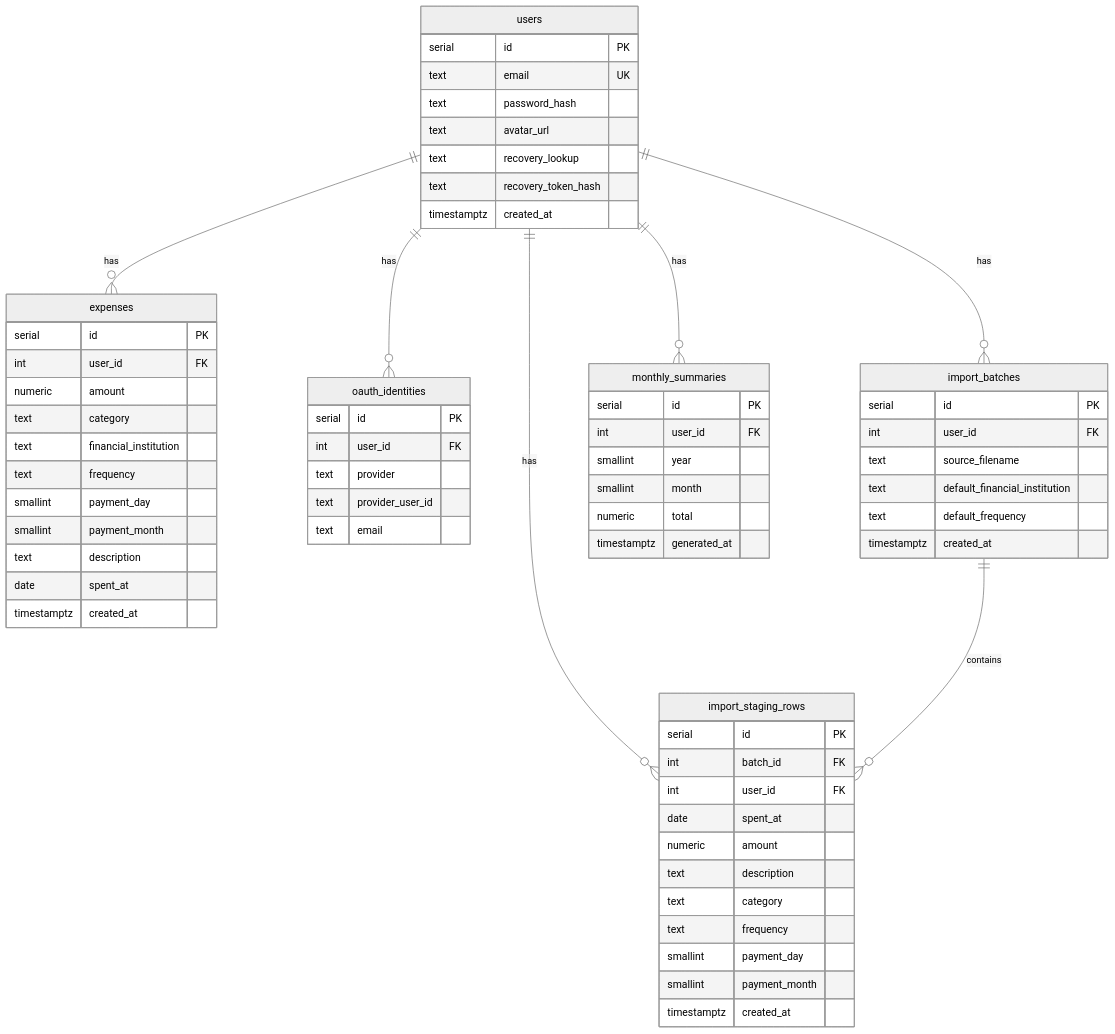
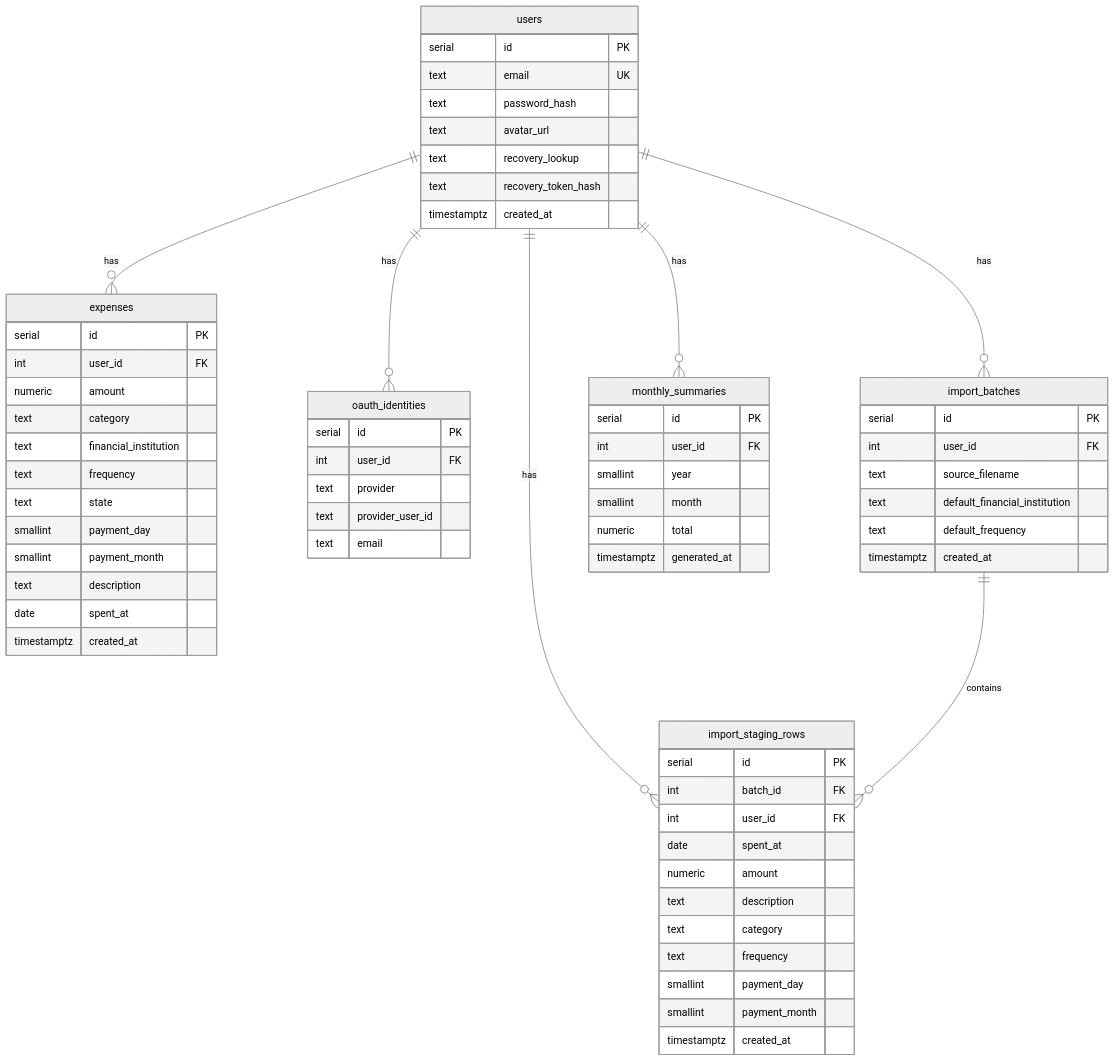
The ninth of 11 diagrams in docs/ARCHITECTURE_DIAGRAM.md (becomeonewiththecode/expense_tracker), drawn with Mermaid (neutral theme) before and after one commit. The commit also changed other lines of this file and 16 other files, not shown here.

````diff
--- a/docs/ARCHITECTURE_DIAGRAM.md
+++ b/docs/ARCHITECTURE_DIAGRAM.md
@@ -296,73 +299,74 @@
 ```mermaid
 erDiagram
   users ||--o{ expenses : has
   users ||--o{ oauth_identities : has
   users ||--o{ import_batches : has
   users ||--o{ import_staging_rows : has
   users ||--o{ monthly_summaries : has
   import_batches ||--o{ import_staging_rows : contains
 
   users {
     serial id PK
     text email UK
     text password_hash
     text avatar_url
     text recovery_lookup
     text recovery_token_hash
     timestamptz created_at
   }
 
   oauth_identities {
     serial id PK
     int user_id FK
     text provider
     text provider_user_id
     text email
   }
 
   expenses {
     serial id PK
     int user_id FK
     numeric amount
     text category
     text financial_institution
     text frequency
+    text state
     smallint payment_day
     smallint payment_month
     text description
     date spent_at
     timestamptz created_at
   }
 
   import_batches {
     serial id PK
     int user_id FK
     text source_filename
     text default_financial_institution
     text default_frequency
     timestamptz created_at
   }
 
   import_staging_rows {
     serial id PK
     int batch_id FK
     int user_id FK
     date spent_at
     numeric amount
     text description
     text category
     text frequency
     smallint payment_day
     smallint payment_month
     timestamptz created_at
   }
 
   monthly_summaries {
     serial id PK
     int user_id FK
     smallint year
     smallint month
     numeric total
     timestamptz generated_at
   }
 ```
````
